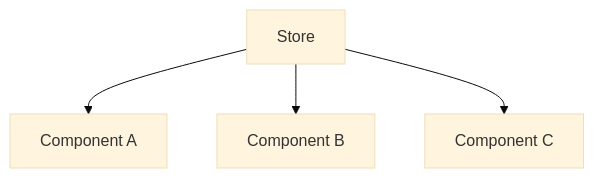
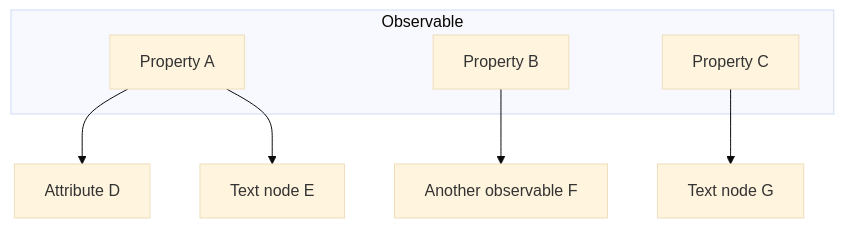
One commit to michijs/michijs changed the third of 3 diagrams in README.md. Above: the diagram before and after it, drawn with Mermaid (base theme). The commit also changed other lines of this file, not shown here.

````diff
--- a/README.md
+++ b/README.md
@@ -286,6 +304,12 @@
 ```mermaid
 graph TD;
-    Store --> ComponentA["Component A"];
-    Store --> ComponentB["Component B"];
-    Store --> ComponentC["Component C"];
+    subgraph Observable
+    A["Property A"]
+    B["Property B"]
+    C["Property C"]
+    end
+    A --> D["Attribute D"];
+    A --> E["Text node E"];
+    B --> F["Another observable F"];
+    C --> G["Text node G"];
 ```
````
